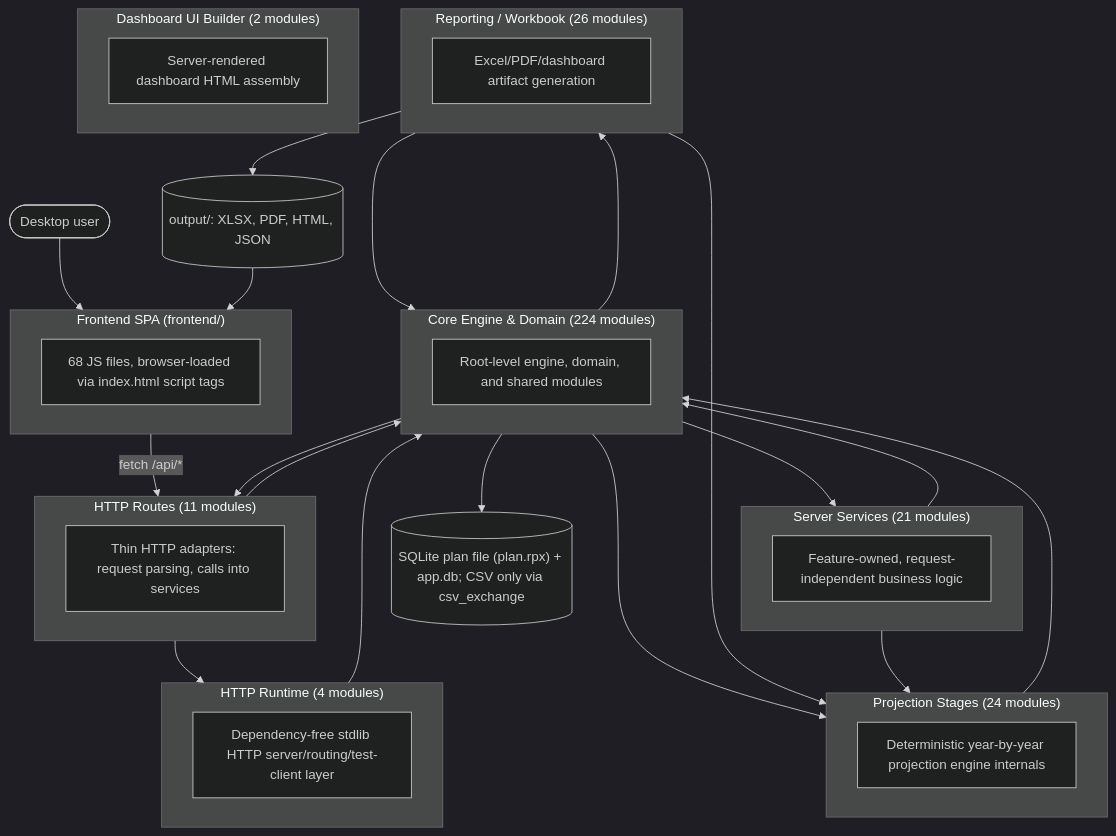
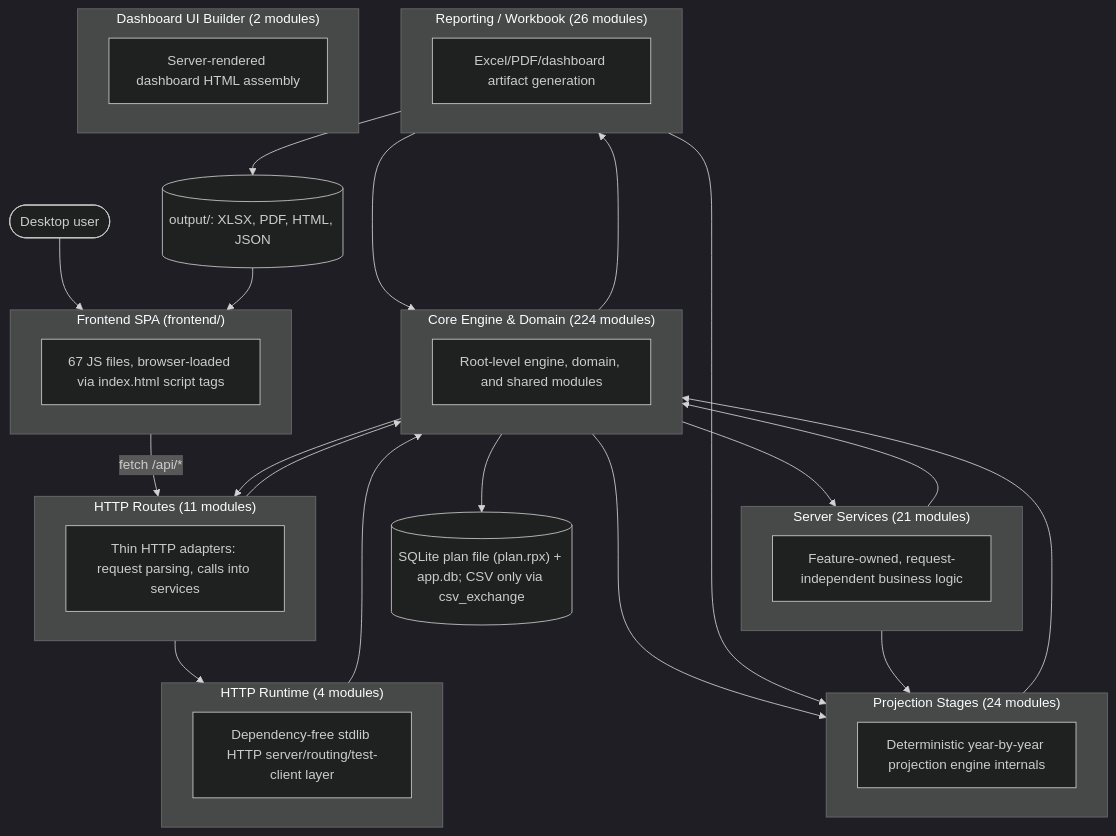
The first of 2 diagrams in documentation/reference/SYSTEM_ARCHITECTURE_DIAGRAM.md (matthartzman/retirement_system), drawn with Mermaid (dark theme) before and after one commit. The commit also changed other lines of this file and 5 other files, not shown here.

````diff
--- a/documentation/reference/SYSTEM_ARCHITECTURE_DIAGRAM.md
+++ b/documentation/reference/SYSTEM_ARCHITECTURE_DIAGRAM.md
@@ -11,44 +11,44 @@
 ```mermaid
 flowchart TB
     User(["Desktop user"]) --> FE
     subgraph FE["Frontend SPA (frontend/)"]
-        FEcount["68 JS files, browser-loaded via index.html script tags"]
+        FEcount["67 JS files, browser-loaded via index.html script tags"]
     end
     FE -->|fetch /api/*| L_HTTP_Routes
     subgraph L_HTTP_Routes["HTTP Routes (11 modules)"]
         L_HTTP_Routes_d["Thin HTTP adapters: request parsing, calls into services"]
     end
     subgraph L_Server_Services["Server Services (21 modules)"]
         L_Server_Services_d["Feature-owned, request-independent business logic"]
     end
     subgraph L_HTTP_Runtime["HTTP Runtime (4 modules)"]
         L_HTTP_Runtime_d["Dependency-free stdlib HTTP server/routing/test-client layer"]
     end
     subgraph L_Core_Engine___Domain["Core Engine & Domain (224 modules)"]
         L_Core_Engine___Domain_d["Root-level engine, domain, and shared modules"]
     end
     subgraph L_Projection_Stages["Projection Stages (24 modules)"]
         L_Projection_Stages_d["Deterministic year-by-year projection engine internals"]
     end
     subgraph L_Reporting___Workbook["Reporting / Workbook (26 modules)"]
         L_Reporting___Workbook_d["Excel/PDF/dashboard artifact generation"]
     end
     subgraph L_Dashboard_UI_Builder["Dashboard UI Builder (2 modules)"]
         L_Dashboard_UI_Builder_d["Server-rendered dashboard HTML assembly"]
     end
     L_Core_Engine___Domain --> L_HTTP_Routes
     L_Core_Engine___Domain --> L_Projection_Stages
     L_Core_Engine___Domain --> L_Reporting___Workbook
     L_Core_Engine___Domain --> L_Server_Services
     L_HTTP_Routes --> L_Core_Engine___Domain
     L_HTTP_Routes --> L_HTTP_Runtime
     L_HTTP_Runtime --> L_Core_Engine___Domain
     L_Projection_Stages --> L_Core_Engine___Domain
     L_Reporting___Workbook --> L_Core_Engine___Domain
     L_Reporting___Workbook --> L_Projection_Stages
     L_Server_Services --> L_Core_Engine___Domain
     L_Server_Services --> L_Projection_Stages
     L_Core_Engine___Domain --> DB[("SQLite plan file (plan.rpx) + app.db; CSV only via csv_exchange")]
     L_Reporting___Workbook --> Outputs[("output/: XLSX, PDF, HTML, JSON")]
     Outputs --> FE
 ```
````
